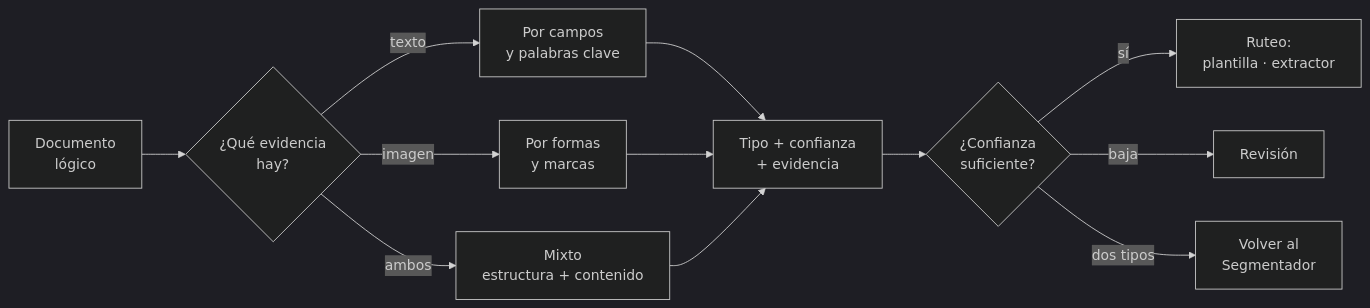
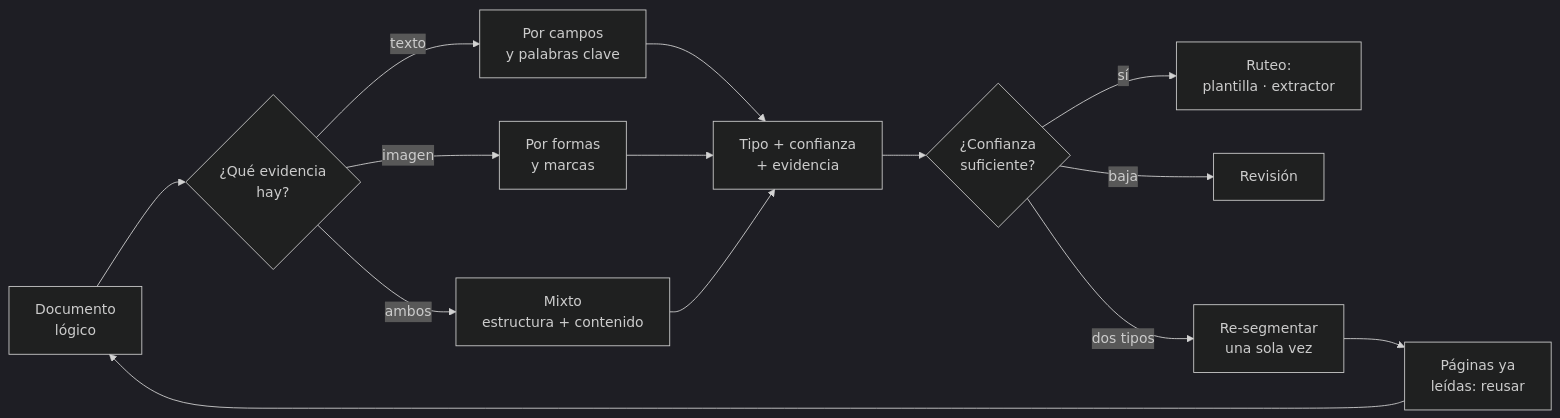
The second of 15 diagrams in readme-min.md (mariogarcia-ar/docflow), drawn with Mermaid (dark theme) before and after one commit. The commit also changed other lines of this file, not shown here.

Commit message:
Refactor README.md to clarify component interactions and processing flows, enhancing descriptions of barriers and execution order in document extraction.

````diff
--- a/readme-min.md
+++ b/readme-min.md
@@ -85,14 +92,16 @@
 ```mermaid
 graph LR
     A["Documento<br/>lógico"] --> B{"¿Qué evidencia<br/>hay?"}
     B -->|"texto"| C["Por campos<br/>y palabras clave"]
     B -->|"imagen"| D["Por formas<br/>y marcas"]
     B -->|"ambos"| E["Mixto<br/>estructura + contenido"]
     C --> F["Tipo + confianza<br/>+ evidencia"]
     D --> F
     E --> F
     F --> G{"¿Confianza<br/>suficiente?"}
     G -->|"sí"| H["Ruteo:<br/>plantilla · extractor"]
     G -->|"baja"| I["Revisión"]
-    G -->|"dos tipos"| J["Volver al<br/>Segmentador"]
+    G -->|"dos tipos"| J["Re-segmentar<br/>una sola vez"]
+    J --> K["Páginas ya<br/>leídas: reusar"]
+    K --> A
 ```
````
